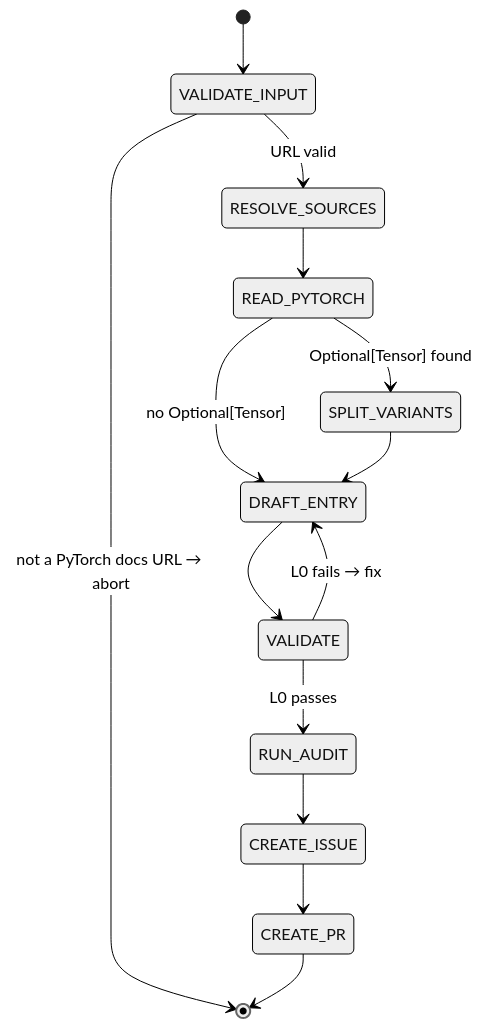
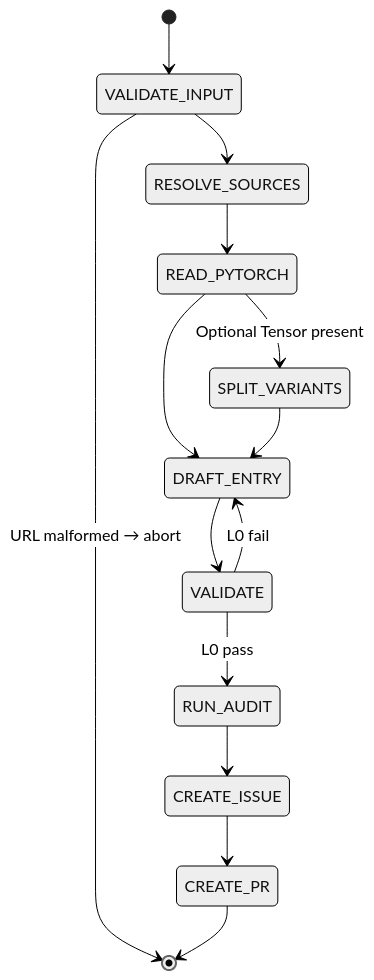
Before and after one commit to tile-ai/TileOPs: the diagram in .claude/skills/add-manifest/SKILL.md, drawn with Mermaid (neutral theme). The commit also changed other lines of this file and 1 other file, not shown here.

````diff
--- a/.claude/skills/add-manifest/SKILL.md
+++ b/.claude/skills/add-manifest/SKILL.md
@@ -26,16 +22,16 @@
 ```mermaid
 stateDiagram-v2
     [*] --> VALIDATE_INPUT
-    VALIDATE_INPUT --> [*]: not a PyTorch docs URL → abort
-    VALIDATE_INPUT --> RESOLVE_SOURCES: URL valid
+    VALIDATE_INPUT --> [*]: URL malformed → abort
+    VALIDATE_INPUT --> RESOLVE_SOURCES
     RESOLVE_SOURCES --> READ_PYTORCH
-    READ_PYTORCH --> SPLIT_VARIANTS: Optional[Tensor] found
-    READ_PYTORCH --> DRAFT_ENTRY: no Optional[Tensor]
+    READ_PYTORCH --> SPLIT_VARIANTS: Optional Tensor present
+    READ_PYTORCH --> DRAFT_ENTRY
     SPLIT_VARIANTS --> DRAFT_ENTRY
     DRAFT_ENTRY --> VALIDATE
-    VALIDATE --> DRAFT_ENTRY: L0 fails → fix
-    VALIDATE --> RUN_AUDIT: L0 passes
+    VALIDATE --> DRAFT_ENTRY: L0 fail
+    VALIDATE --> RUN_AUDIT: L0 pass
     RUN_AUDIT --> CREATE_ISSUE
     CREATE_ISSUE --> CREATE_PR
     CREATE_PR --> [*]
 ```
````
